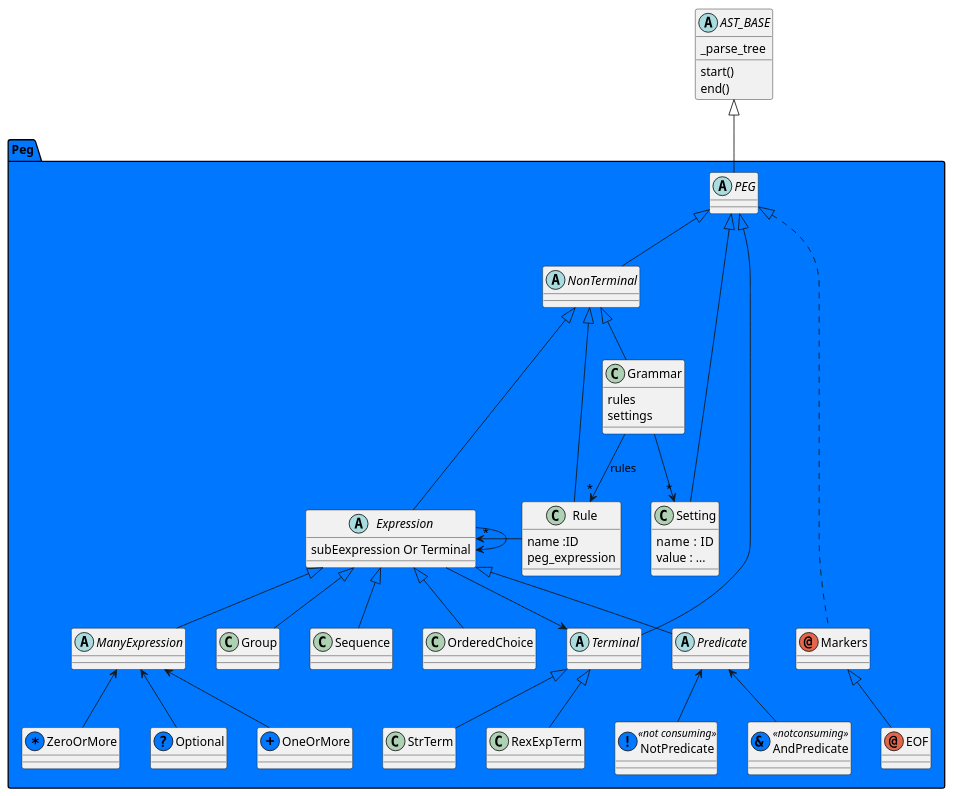
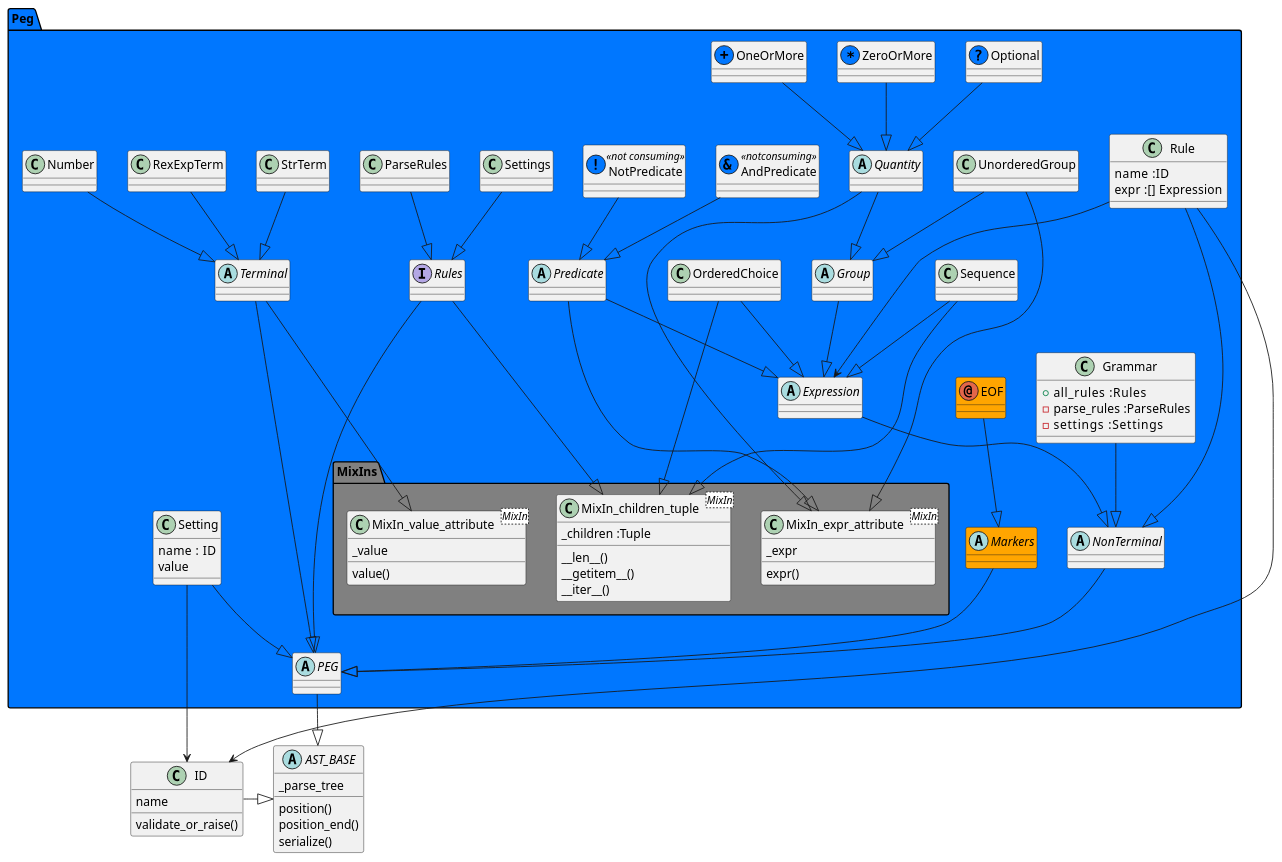
The diagram in Design/Peg.puml (AlbertMietus/CCastle2.hg), drawn with PlantUML before and after one commit. The commit also changed other lines of this file and 2 other files, not shown here.

Commit message:
Improved Design/Peg.puml: Oke but upside-down

```diff
--- a/Design/Peg.puml
+++ b/Design/Peg.puml
@@ -1,81 +1,126 @@
 @startuml
+
 abstract AST_BASE {
   _parse_tree
-  start()
-  end()
+  position()
+  position_end()
+  serialize()
 }
+
+class ID {
+  name
+  validate_or_raise()
+}
+
+ID  =|> AST_BASE
 
 package Peg #0077ff {
 
 abstract PEG
-AST_BASE <|== PEG
+PEG ==|>   AST_BASE
 
-PEG      <|== NonTerminal
-PEG      <|== Terminal
-PEG      <|== Setting
-PEG      <|..... Markers
-Markers  <|== EOF
-annotation Markers
-annotation EOF
+package MixIns  #Gray {
+
+  class MixIn_value_attribute<MixIn> {
+  _value
+  value()
+  }
+
+  class MixIn_expr_attribute<MixIn> {
+  _expr
+  expr()
+  }
+
+  class MixIn_children_tuple<MixIn> {
+   _children :Tuple
+  __len__()
+  __getitem__()
+  __iter__()
+  }
+}
+
+
+abstract Terminal
+Terminal   ==|> PEG
+Terminal  ---|> MixIn_value_attribute
+StrTerm    ==|> Terminal
+RexExpTerm ==|> Terminal
+Number     ==|> Terminal
+
+abstract Markers #ORANGE
+Markers    ==|> PEG
+annotation EOF #ORANGE
+EOF 	   ==|> Markers
+
+abstract NonTerminal
+NonTerminal ==|> PEG
+abstract Expression
+Expression  ==|> NonTerminal
+
+class Setting  {
+ name  : ID
+ value
+}
+Setting ==|> PEG
+Setting ---> ID
+
+class Rule {
+  name  :ID
+  expr  :[] Expression
+}
+Rule ==|> NonTerminal
+Rule ---> ID
+Rule ---> Expression
+
+interface Rules
+Rules     ==|> PEG
+Rules    ---|> MixIn_children_tuple
+
+ParseRules ==|> Rules
+Settings   ==|> Rules
+
+
+class Grammar {
+  +all_rules    :Rules
+  -parse_rules  :ParseRules
+  -settings     :Settings
+}
+Grammar ==|> NonTerminal
+
+
+abstract Group
+Group            ==|> Expression
+UnorderedGroup   ==|> Group
+UnorderedGroup  ---|> MixIn_expr_attribute
+abstract Quantity
+Quantity         ==|> Group
+Quantity        ---|> MixIn_expr_attribute
+
+Sequence         ==|> Expression
+Sequence        ---|> MixIn_children_tuple
+
+OrderedChoice    ==|> Expression
+OrderedChoice   ---|> MixIn_children_tuple
+
+'========================
+class Optional   << (?, #0077ff) >>
+Optional	 ==|> Quantity
+class ZeroOrMore << (*, #0077ff) >>
+ZeroOrMore	 ==|> Quantity
+class OneOrMore  << (+, #0077ff) >>
+OneOrMore	 ==|> Quantity
+
+abstract Predicate
+Predicate	 ==|> Expression
+Predicate       ---|> MixIn_expr_attribute
+class AndPredicate << (&, #0077ff) notconsuming >>
+AndPredicate     ==|> Predicate
+class NotPredicate << (! ,#0077ff) not consuming >>
+NotPredicate     ==|> Predicate
 
 
 
-abstract Terminal
-Terminal <|== StrTerm
-Terminal <|== RexExpTerm
 
-abstract NonTerminal
-NonTerminal  <|== Grammar
-NonTerminal  <|== Rule
-NonTerminal  <|== Expression
-
-class Grammar {
-  rules
-  settings
-}
-Grammar --> "*" Rule : rules
-Grammar --> "*" Setting
-
-class Rule {
- name :ID
- peg_expression
-}
-Rule  -> "*" Expression
-
-class Setting  {
- name  : ID
- value : ...
-}
-
-abstract Expression {
- subEexpression Or Terminal
-}
-Expression -->  Terminal
-Expression -->  Expression
-
-
-Expression <|== ManyExpression
-Expression <|== Group
-Expression <|== Sequence
-Expression <|== OrderedChoice
-Expression <|== Predicate
-
-abstract ManyExpression
-abstract Predicate
-
-ManyExpression <== Optional
-ManyExpression <== OneOrMore
-ManyExpression <== ZeroOrMore
-
-Predicate <== AndPredicate
-Predicate <== NotPredicate
-
-class AndPredicate << (&, #0077ff) notconsuming >>
-class NotPredicate << (! ,#0077ff) not consuming >>
-
-class Optional   << (?, #0077ff) >>
-class OneOrMore  << (+, #0077ff) >>
-class ZeroOrMore << (*, #0077ff) >>
 
 }
 @enduml
```
